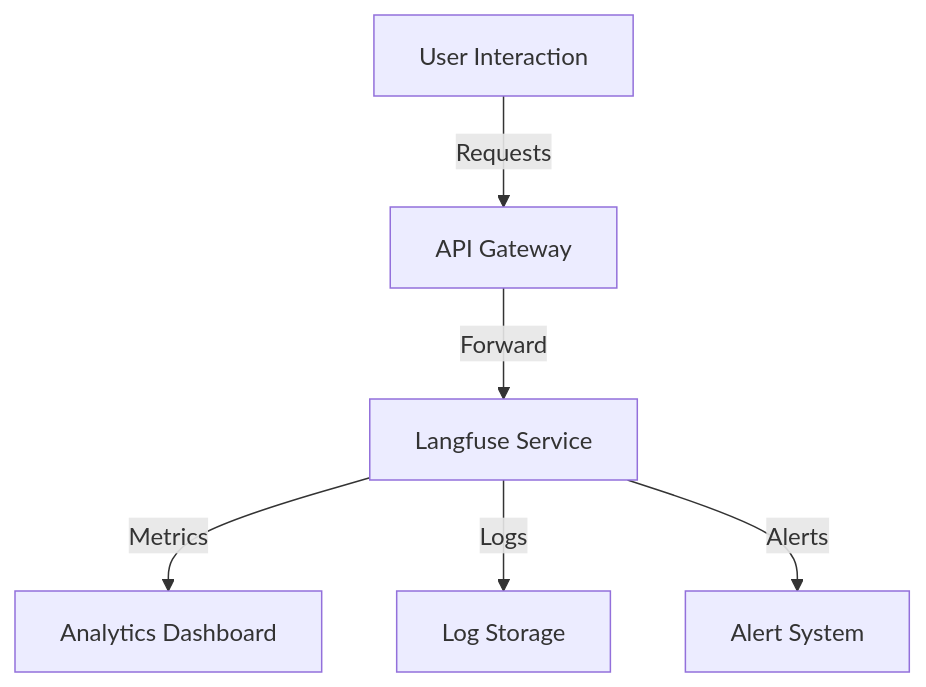
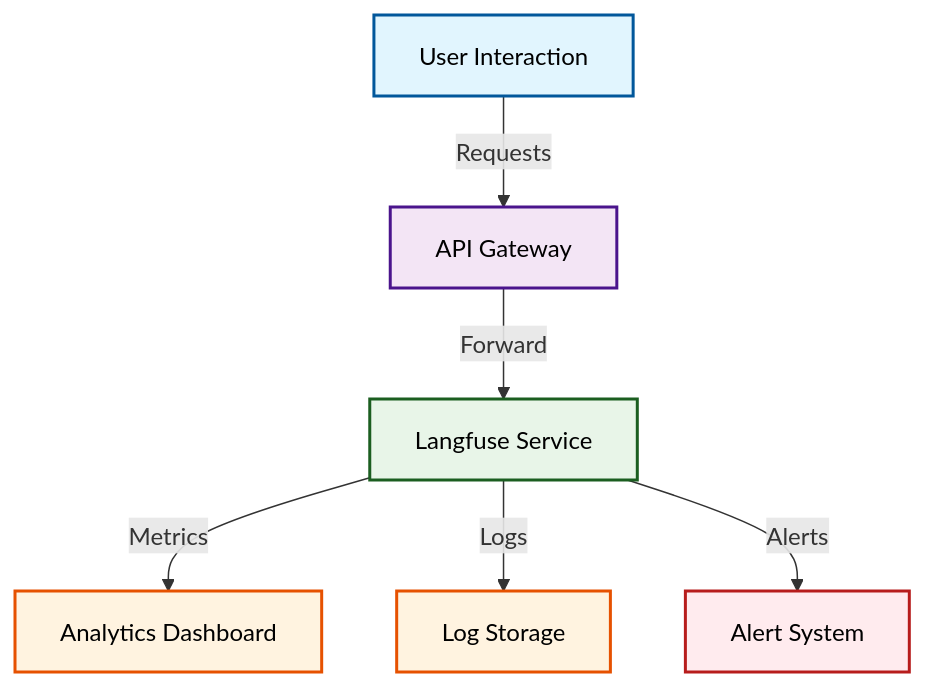
One commit to brunseba/ai-dev-local changed the diagram in docs/services/langfuse.md. Above: the diagram before and after it, drawn with Mermaid. The commit also changed 3 other files, not shown here.

First line of the commit message:
docs: add vibrant colors to service Mermaid diagrams for better visualization

````diff
--- a/docs/services/langfuse.md
+++ b/docs/services/langfuse.md
@@ -7,8 +7,21 @@
 ```mermaid
 graph TD;
     A[User Interaction] -->|Requests| B[API Gateway];
     B -->|Forward| C[Langfuse Service];
     C -->|Metrics| D[Analytics Dashboard];
     C -->|Logs| E[Log Storage];
     C -->|Alerts| F[Alert System];
+    
+    %% Styling
+    classDef userClass fill:#e1f5fe,stroke:#01579b,stroke-width:2px,color:#000
+    classDef gatewayClass fill:#f3e5f5,stroke:#4a148c,stroke-width:2px,color:#000
+    classDef serviceClass fill:#e8f5e8,stroke:#1b5e20,stroke-width:2px,color:#000
+    classDef storageClass fill:#fff3e0,stroke:#e65100,stroke-width:2px,color:#000
+    classDef alertClass fill:#ffebee,stroke:#b71c1c,stroke-width:2px,color:#000
+    
+    class A userClass
+    class B gatewayClass
+    class C serviceClass
+    class D,E storageClass
+    class F alertClass
 ```
````
